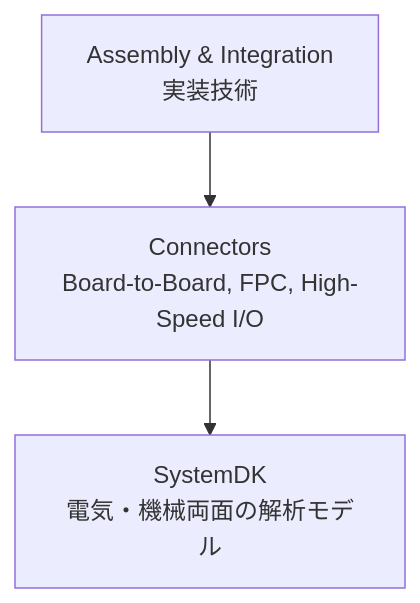
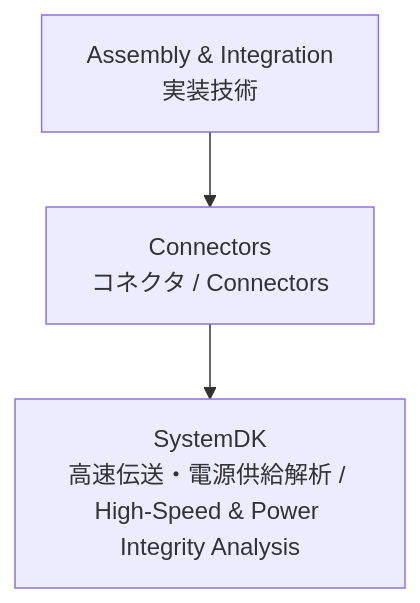
One commit to Samizo-AITL/Edusemi-Plus changed the diagram in Assembly-Integration/Connectors/README.md. Above: the diagram before and after it, drawn with Mermaid. The commit also changed other lines of this file, not shown here.

````diff
--- a/Assembly-Integration/Connectors/README.md
+++ b/Assembly-Integration/Connectors/README.md
@@ -38,5 +47,5 @@
 ```mermaid
 graph TD
-  A[Assembly & Integration<br/>実装技術] --> B[Connectors<br/>Board-to-Board, FPC, High-Speed I/O]
-  B --> C[SystemDK<br/>電気・機械両面の解析モデル]
+  A[Assembly & Integration<br/>実装技術] --> B[Connectors<br/>コネクタ / Connectors]
+  B --> C[SystemDK<br/>高速伝送・電源供給解析 / High-Speed & Power Integrity Analysis]
 ```
````
